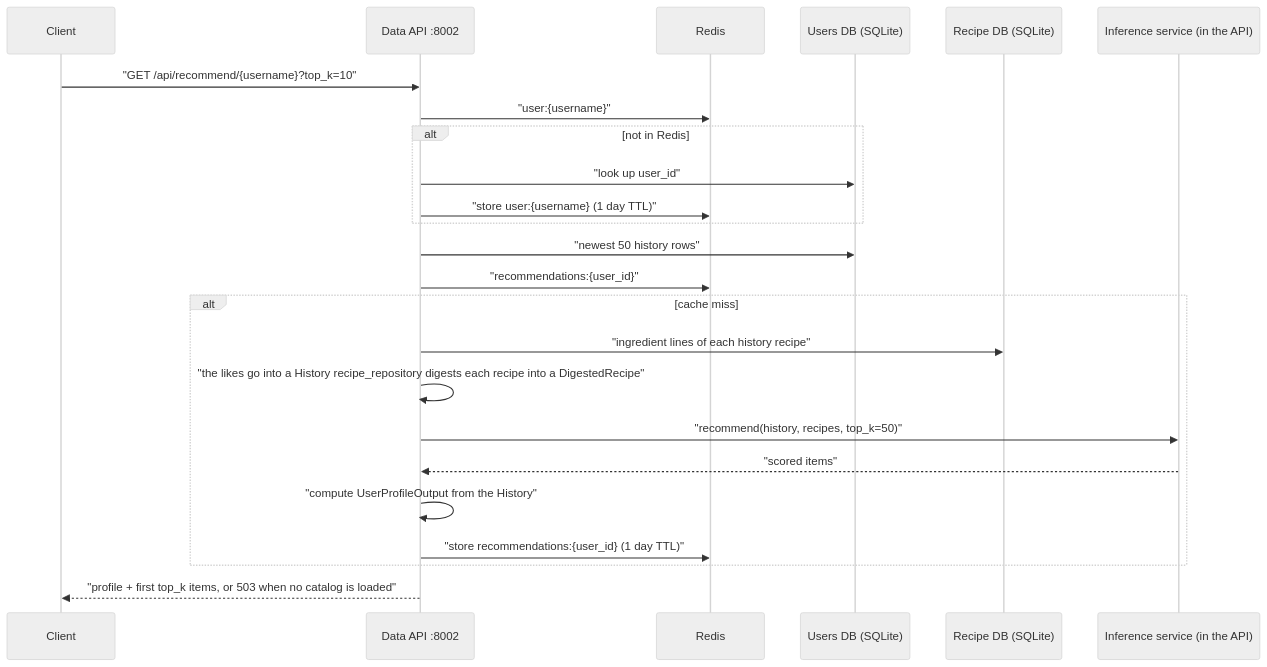
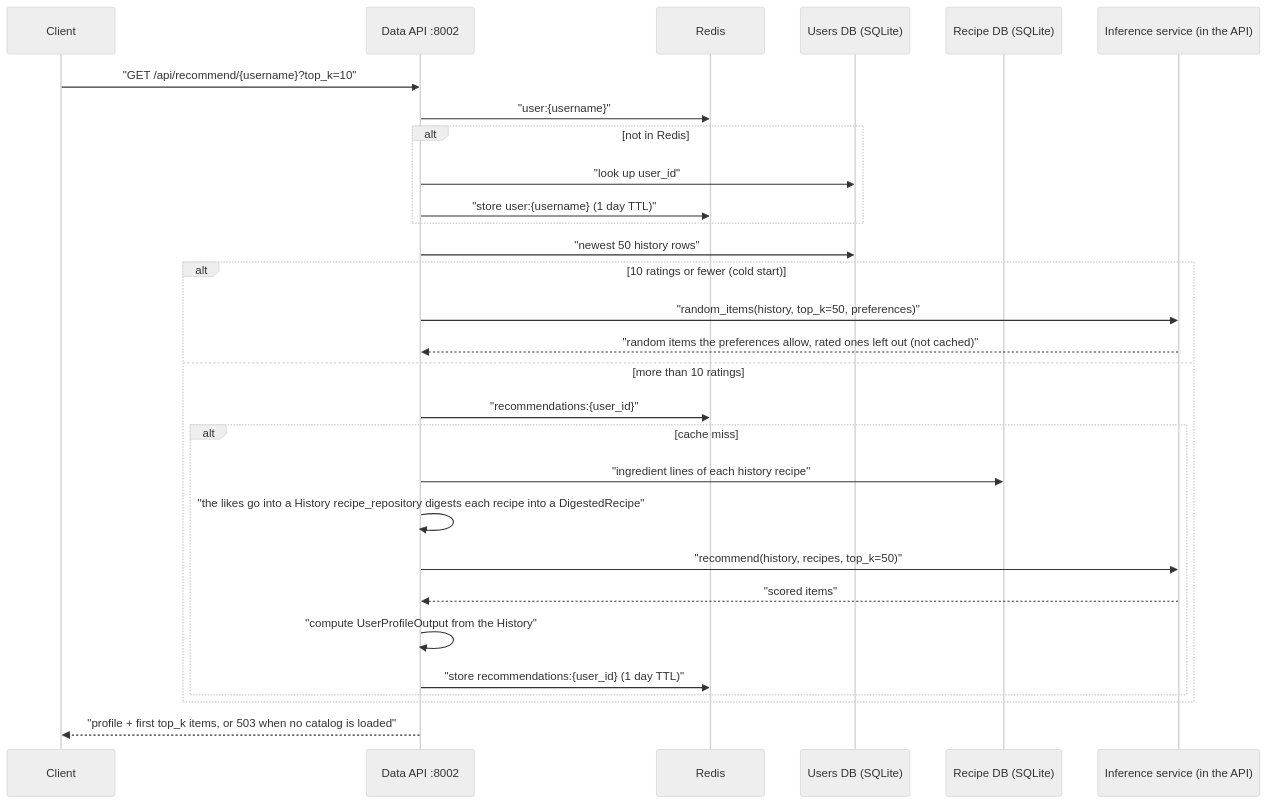
The diagram in SystemCode/remymy/RECOMMENDATION.md (2na3k/practice-project-2), drawn with Mermaid (neutral theme) before and after one commit. The commit also changed other lines of this file and 14 other files, not shown here.

Commit message:
Change cold-start

````diff
--- a/SystemCode/remymy/RECOMMENDATION.md
+++ b/SystemCode/remymy/RECOMMENDATION.md
@@ -20,27 +20,32 @@
 ```mermaid
 sequenceDiagram
     participant C as Client
     participant A as Data API :8002
     participant R as Redis
     participant U as Users DB (SQLite)
     participant D as Recipe DB (SQLite)
     participant M as Inference service (in the API)
 
     C->>A: "GET /api/recommend/{username}?top_k=10"
     A->>R: "user:{username}"
     alt not in Redis
         A->>U: "look up user_id"
         A->>R: "store user:{username} (1 day TTL)"
     end
     A->>U: "newest 50 history rows"
-    A->>R: "recommendations:{user_id}"
-    alt cache miss
-        A->>D: "ingredient lines of each history recipe"
-        A->>A: "the likes go into a History recipe_repository digests each recipe into a DigestedRecipe"
-        A->>M: "recommend(history, recipes, top_k=50)"
-        M-->>A: "scored items"
-        A->>A: "compute UserProfileOutput from the History"
-        A->>R: "store recommendations:{user_id} (1 day TTL)"
+    alt 10 ratings or fewer (cold start)
+        A->>M: "random_items(history, top_k=50, preferences)"
+        M-->>A: "random items the preferences allow, rated ones left out (not cached)"
+    else more than 10 ratings
+        A->>R: "recommendations:{user_id}"
+        alt cache miss
+            A->>D: "ingredient lines of each history recipe"
+            A->>A: "the likes go into a History recipe_repository digests each recipe into a DigestedRecipe"
+            A->>M: "recommend(history, recipes, top_k=50)"
+            M-->>A: "scored items"
+            A->>A: "compute UserProfileOutput from the History"
+            A->>R: "store recommendations:{user_id} (1 day TTL)"
+        end
     end
     A-->>C: "profile + first top_k items, or 503 when no catalog is loaded"
 ```
````
